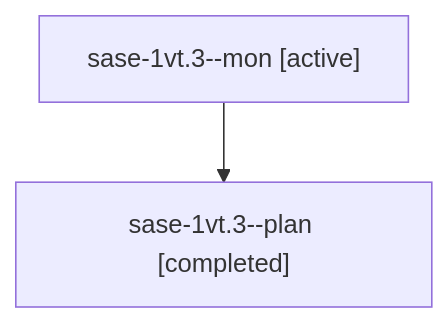
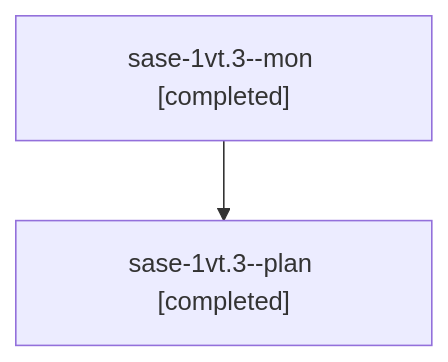
The diagram in sessions/bbugyi200.athena.sase-1vt.3.md (sase-org/sase--agents), drawn with Mermaid before and after one commit. The commit also changed other lines of this file and 18 other files, not shown here.

````diff
--- a/sessions/bbugyi200.athena.sase-1vt.3.md
+++ b/sessions/bbugyi200.athena.sase-1vt.3.md
@@ -9,6 +9,6 @@
 ```mermaid
 flowchart TD
-  n0["sase-1vt.3--mon [active]"]
+  n0["sase-1vt.3--mon [completed]"]
   n1["sase-1vt.3--plan [completed]"]
   n0 --> n1
 ```
````
